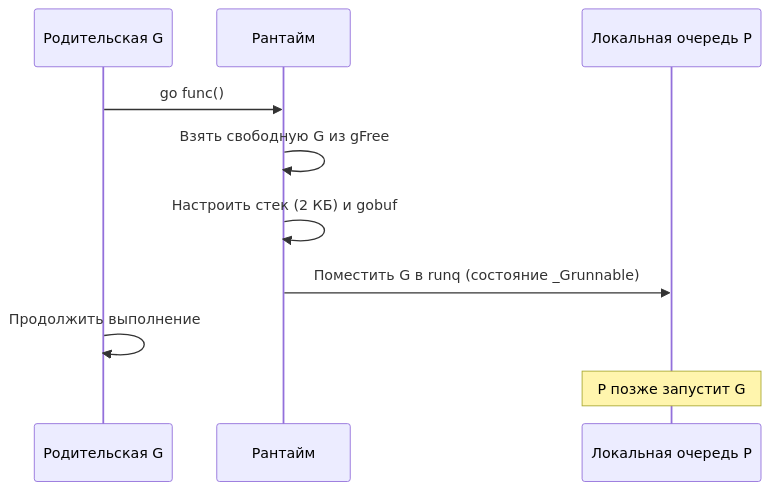
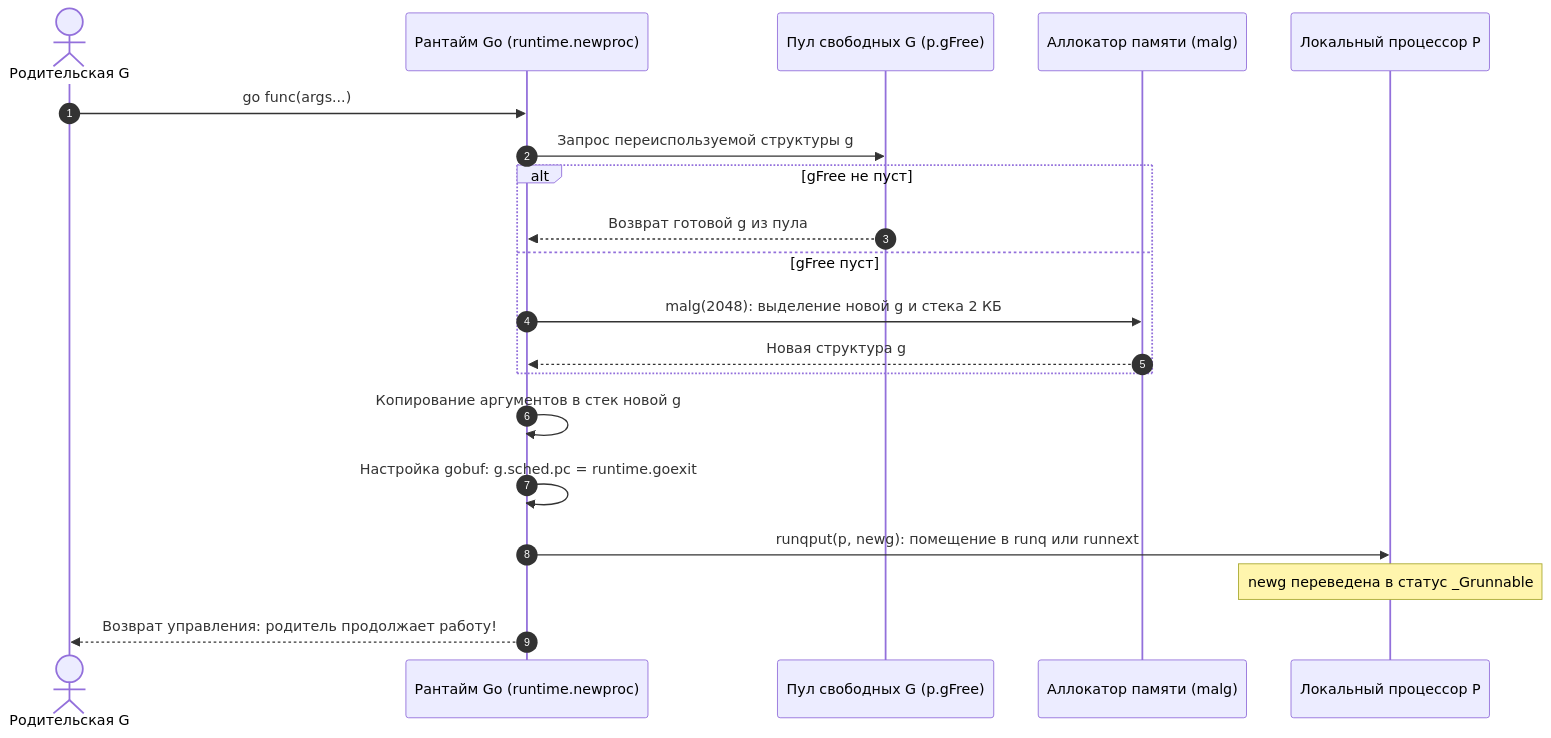
The first of 4 diagrams in sources/16. Профилирование, отладка и производительность/06. Конкурентность/2. Goroutines под капотом.md (UnrealTemplier/go-textbook), drawn with Mermaid before and after one commit. The commit also changed other lines of this file, not shown here.

````diff
--- a/sources/16. Профилирование, отладка и производительность/06. Конкурентность/2. Goroutines под капотом.md
+++ b/sources/16. Профилирование, отладка и производительность/06. Конкурентность/2. Goroutines под капотом.md
@@ -42,12 +68,23 @@
 ```mermaid
 sequenceDiagram
-    participant Parent as Родительская G
-    participant Runtime as Рантайм
-    participant P as Локальная очередь P
-    Parent->>Runtime: go func()
-    Runtime->>Runtime: Взять свободную G из gFree
-    Runtime->>Runtime: Настроить стек (2 КБ) и gobuf
-    Runtime->>P: Поместить G в runq (состояние _Grunnable)
-    Parent->>Parent: Продолжить выполнение
-    Note over P: P позже запустит G
+    autonumber
+    actor Parent as Родительская G
+    participant RT as Рантайм Go (runtime.newproc)
+    participant Pool as Пул свободных G (p.gFree)
+    participant Heap as Аллокатор памяти (malg)
+    participant P as Локальный процессор P
+
+    Parent->>RT: go func(args...)
+    RT->>Pool: Запрос переиспользуемой структуры g
+    alt gFree не пуст
+        Pool-->>RT: Возврат готовой g из пула
+    else gFree пуст
+        RT->>Heap: malg(2048): выделение новой g и стека 2 КБ
+        Heap-->>RT: Новая структура g
+    end
+    RT->>RT: Копирование аргументов в стек новой g
+    RT->>RT: Настройка gobuf: g.sched.pc = runtime.goexit
+    RT->>P: runqput(p, newg): помещение в runq или runnext
+    Note over P: newg переведена в статус _Grunnable
+    RT-->>Parent: Возврат управления: родитель продолжает работу!
 ```
````
